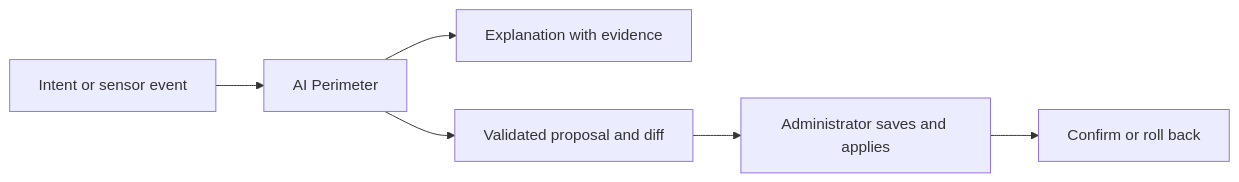
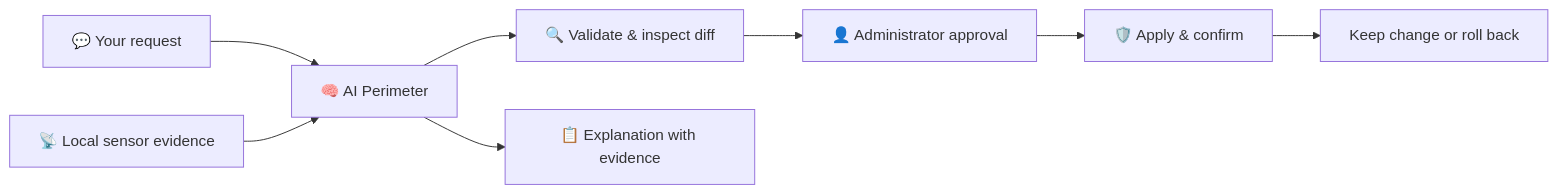
Before and after one commit to starsmash29/FR_OS-Community: the diagram in README.md, drawn with Mermaid. The commit also changed other lines of this file, not shown here.

````diff
--- a/README.md
+++ b/README.md
@@ -80,8 +136,10 @@
 ```mermaid
 flowchart LR
-    A["Intent or sensor event"] --> B["AI Perimeter"]
-    B --> C["Explanation with evidence"]
-    B --> D["Validated proposal and diff"]
-    D --> E["Administrator saves and applies"]
-    E --> F["Confirm or roll back"]
+    A["💬 Your request"] --> B["🧠 AI Perimeter"]
+    B --> C["🔍 Validate & inspect diff"]
+    C --> D["👤 Administrator approval"]
+    D --> E["🛡️ Apply & confirm"]
+    E --> F["Keep change or roll back"]
+    G["📡 Local sensor evidence"] --> B
+    B --> H["📋 Explanation with evidence"]
 ```
````
